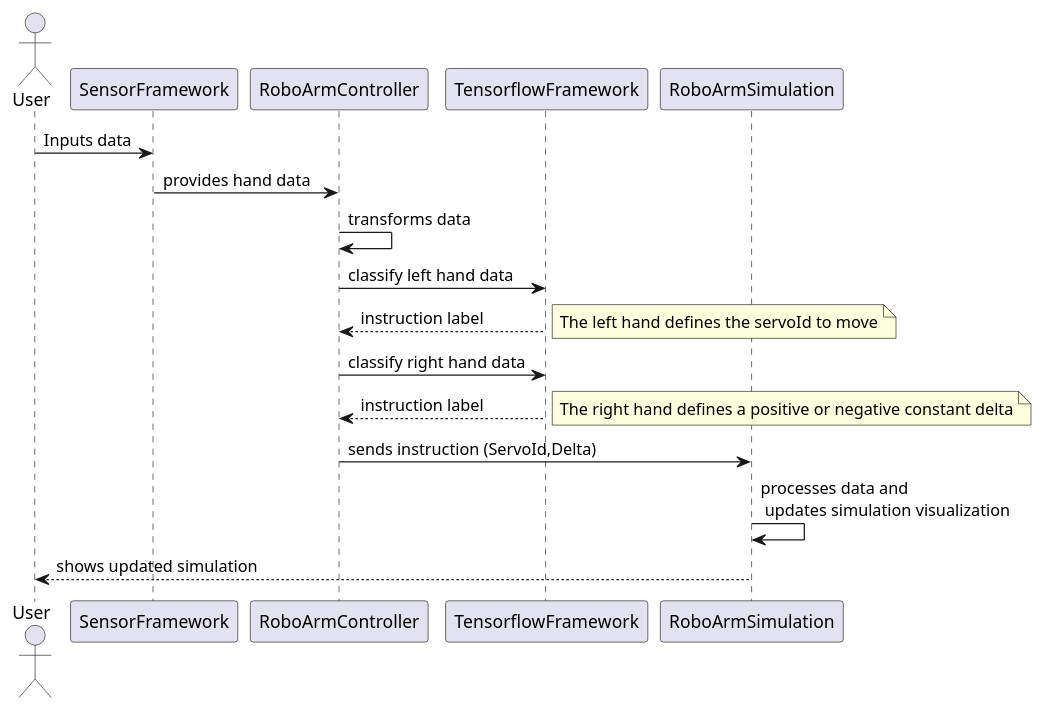
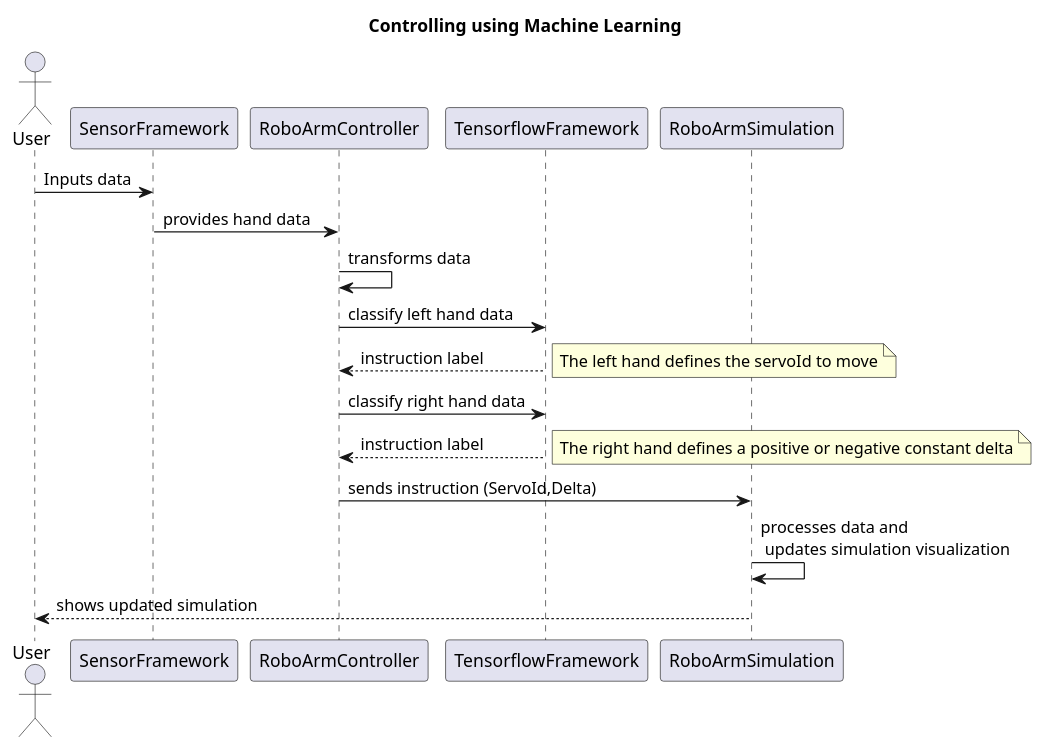
The diagram in src/architecture/sequence/ControlRoboArm.puml (ellerenad/RoboArmController), drawn with PlantUML before and after one commit. The commit also changed 1 other file, not shown here.

Commit message:
added title to sequence diagram

```diff
--- a/src/architecture/sequence/ControlRoboArm.puml
+++ b/src/architecture/sequence/ControlRoboArm.puml
@@ -1,15 +1,16 @@
 @startuml
+title Controlling using Machine Learning
 actor User
 User -> SensorFramework: Inputs data
 SensorFramework -> RoboArmController: provides hand data
 RoboArmController -> RoboArmController: transforms data
 RoboArmController-> TensorflowFramework: classify left hand data
 TensorflowFramework --> RoboArmController: instruction label
 note right: The left hand defines the servoId to move
 RoboArmController-> TensorflowFramework: classify right hand data
 TensorflowFramework --> RoboArmController: instruction label
 note right: The right hand defines a positive or negative constant delta
 RoboArmController -> RoboArmSimulation: sends instruction (ServoId,Delta)
 RoboArmSimulation -> RoboArmSimulation: processes data and\n updates simulation visualization
 RoboArmSimulation --> User: shows updated simulation
 @enduml
```
